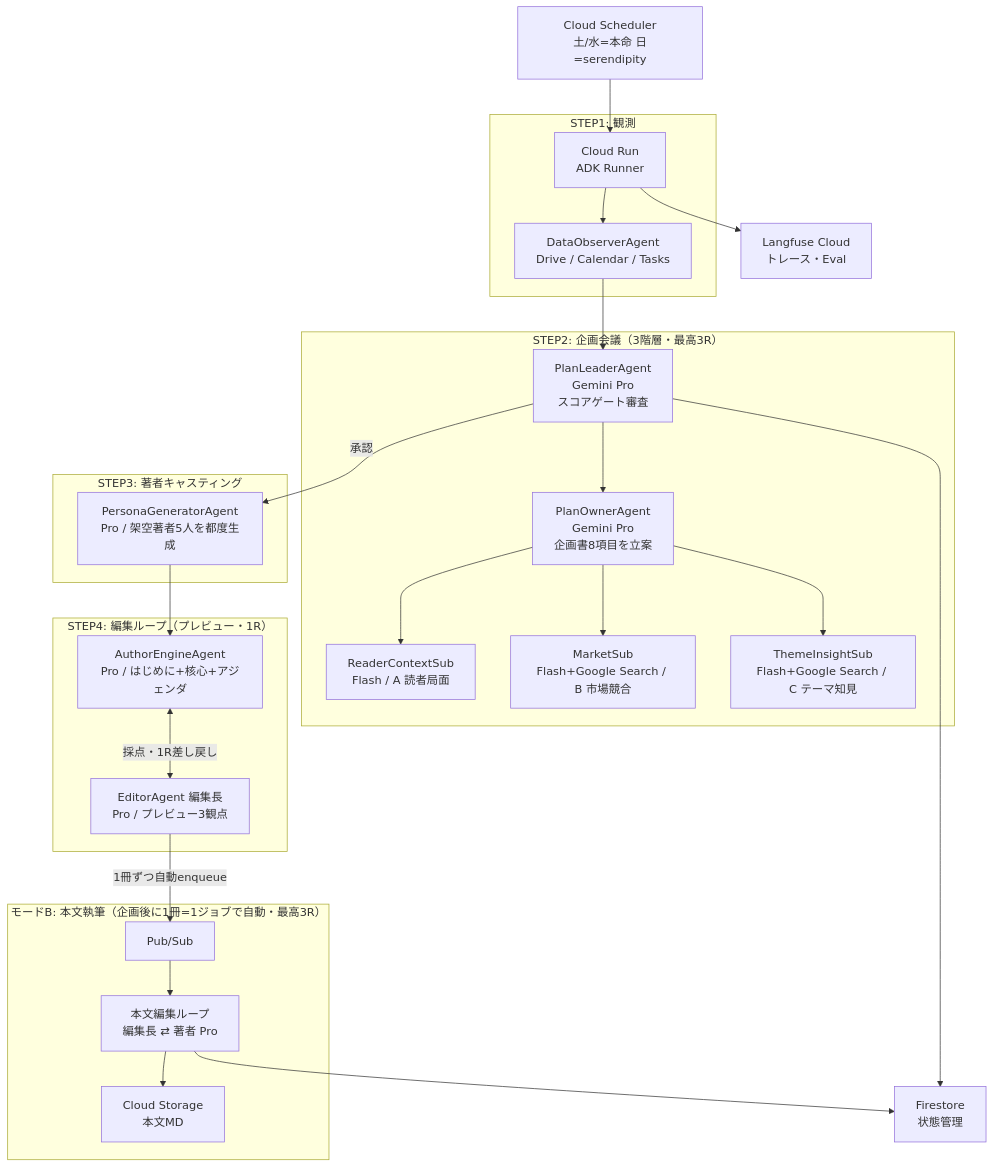
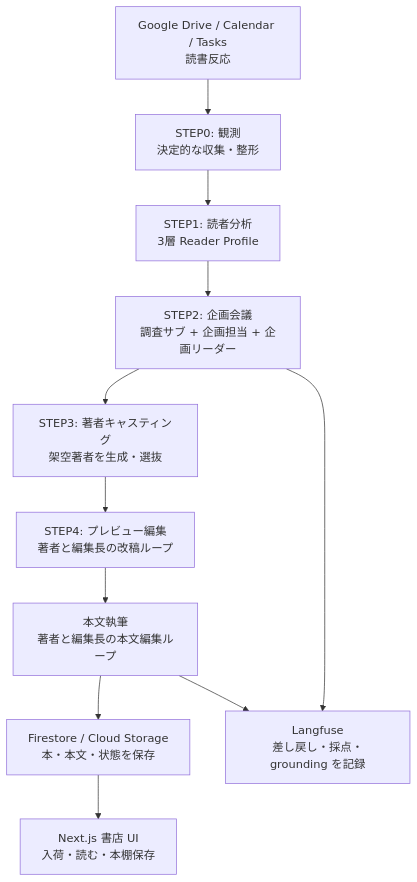
Before and after one commit to cloud-dojo/publishr: the diagram in README.md, drawn with Mermaid. The commit also changed other lines of this file, not shown here.

````diff
--- a/README.md
+++ b/README.md
@@ -67,35 +34,13 @@
 ```mermaid
-graph TD
-    CS[Cloud Scheduler<br/>土/水=本命 日=serendipity] --> CR[Cloud Run<br/>ADK Runner]
-
-    subgraph STEP1[STEP1: 観測]
-        CR --> OBS[DataObserverAgent<br/>Drive / Calendar / Tasks]
-    end
-
-    subgraph STEP2[STEP2: 企画会議（3階層・最高3R）]
-        OBS --> LEADER[PlanLeaderAgent<br/>Gemini Pro<br/>スコアゲート審査]
-        LEADER --> OWNER[PlanOwnerAgent<br/>Gemini Pro<br/>企画書8項目を立案]
-        OWNER --> RC[ReaderContextSub<br/>Flash / A 読者局面]
-        OWNER --> MK[MarketSub<br/>Flash+Google Search / B 市場競合]
-        OWNER --> TI[ThemeInsightSub<br/>Flash+Google Search / C テーマ知見]
-    end
-
-    subgraph STEP3[STEP3: 著者キャスティング]
-        LEADER -->|承認| PERSONA[PersonaGeneratorAgent<br/>Pro / 架空著者5人を都度生成]
-    end
-
-    subgraph STEP4[STEP4: 編集ループ（プレビュー・1R）]
-        PERSONA --> ENGINE[AuthorEngineAgent<br/>Pro / はじめに+核心+アジェンダ]
-        ENGINE <-->|採点・1R差し戻し| EDITOR[EditorAgent 編集長<br/>Pro / プレビュー3観点]
-    end
-
-    subgraph MODEB[モードB: 本文執筆（企画後に1冊=1ジョブで自動・最高3R）]
-        EDITOR -->|1冊ずつ自動enqueue| PUBSUB[Pub/Sub]
-        PUBSUB --> WRITER[本文編集ループ<br/>編集長 ⇄ 著者 Pro]
-        WRITER --> GCS[Cloud Storage<br/>本文MD]
-    end
-
-    LEADER --> FS[Firestore<br/>状態管理]
-    WRITER --> FS
-    CR --> LF[Langfuse Cloud<br/>トレース・Eval]
+flowchart TD
+    SOURCES["Google Drive / Calendar / Tasks<br/>読書反応"] --> OBS["STEP0: 観測<br/>決定的な収集・整形"]
+    OBS --> READER["STEP1: 読者分析<br/>3層 Reader Profile"]
+    READER --> PLANNING["STEP2: 企画会議<br/>調査サブ + 企画担当 + 企画リーダー"]
+    PLANNING --> CASTING["STEP3: 著者キャスティング<br/>架空著者を生成・選抜"]
+    CASTING --> PREVIEW["STEP4: プレビュー編集<br/>著者と編集長の改稿ループ"]
+    PREVIEW --> BODY["本文執筆<br/>著者と編集長の本文編集ループ"]
+    BODY --> STORE["Firestore / Cloud Storage<br/>本・本文・状態を保存"]
+    STORE --> UI["Next.js 書店 UI<br/>入荷・読む・本棚保存"]
+    PLANNING --> TRACE["Langfuse<br/>差し戻し・採点・grounding を記録"]
+    BODY --> TRACE
 ```
````
